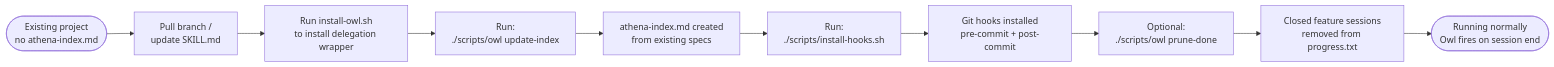
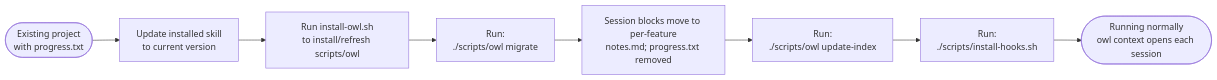
Before and after one commit to taylorparsons/athena-skill: the second of 3 diagrams in README.md, drawn with Mermaid. The commit also changed other lines of this file and 9 other files, not shown here.

First line of the commit message:
T-003: README v2.2.0 accuracy + release notes with per-harness value (Feature: 20260706-readme-release-push)

````diff
--- a/README.md
+++ b/README.md
@@ -321,12 +291,10 @@
 ```mermaid
 flowchart LR
-    A([Existing project\nno athena-index.md]) --> B[Pull branch /\nupdate SKILL.md]
-    B --> B2["Run install-owl.sh\nto install delegation wrapper"]
-    B2 --> C["Run:\n./scripts/owl update-index"]
-    C --> D[athena-index.md created\nfrom existing specs]
-    D --> E["Run:\n./scripts/install-hooks.sh"]
-    E --> F[Git hooks installed\npre-commit + post-commit]
-    F --> G["Optional:\n./scripts/owl prune-done"]
-    G --> H[Closed feature sessions\nremoved from progress.txt]
-    H --> I([Running normally\nOwl fires on session end])
+    A([Existing project\nwith progress.txt]) --> B[Update installed skill\nto current version]
+    B --> B2["Run install-owl.sh\nto install/refresh scripts/owl"]
+    B2 --> C["Run:\n./scripts/owl migrate"]
+    C --> D["Session blocks move to per-feature\nnotes.md; progress.txt removed"]
+    D --> E["Run:\n./scripts/owl update-index"]
+    E --> F["Run:\n./scripts/install-hooks.sh"]
+    F --> I([Running normally\nowl context opens each session])
 ```
````
